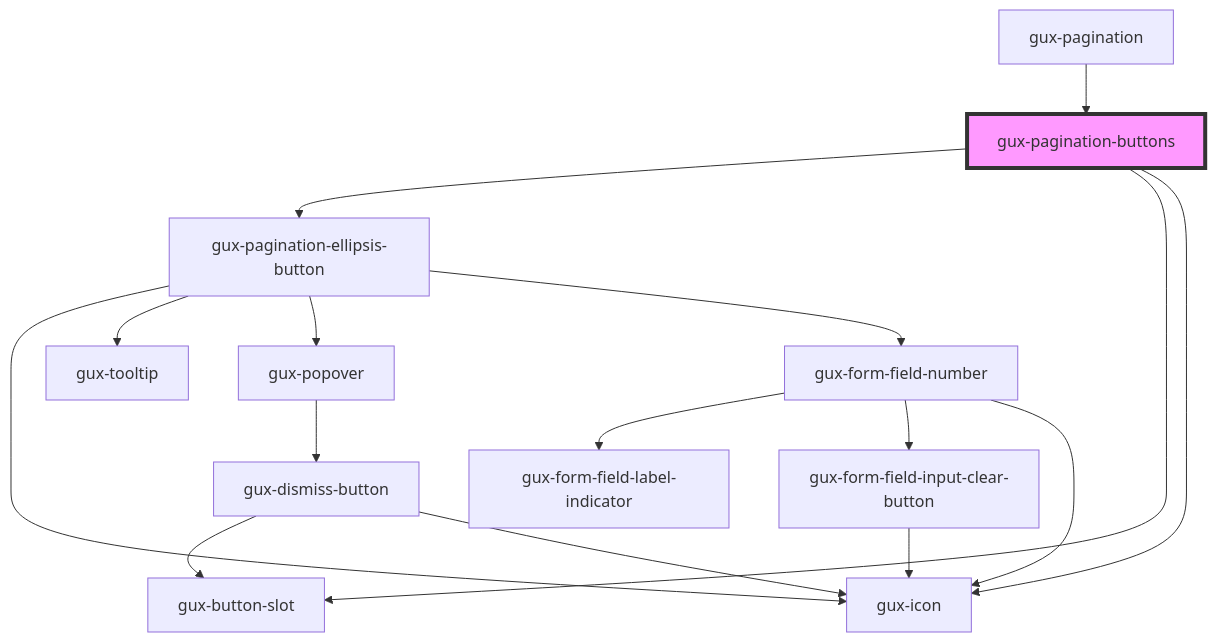
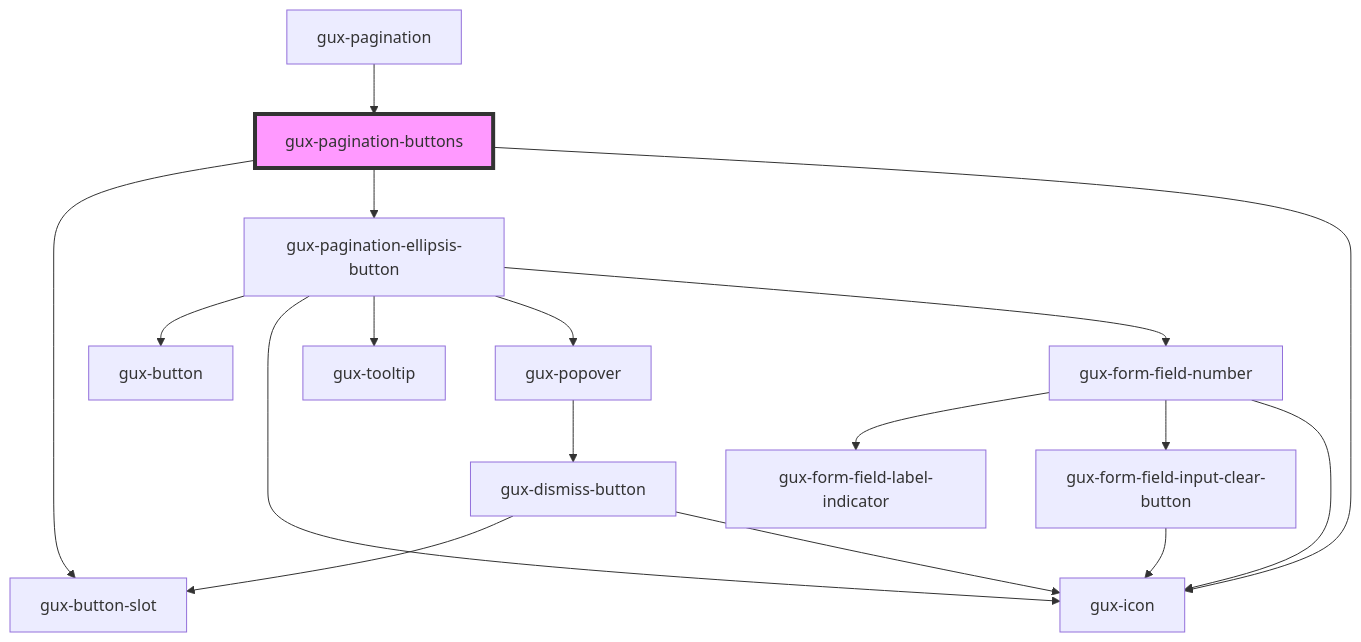
Before and after one commit to MyPureCloud/genesys-spark: the diagram in packages/genesys-spark-components/src/components/stable/gux-pagination/gux-pagination-buttons/readme.md, drawn with Mermaid. The commit also changed other lines of this file and 26 other files, not shown here.

````diff
--- a/packages/genesys-spark-components/src/components/stable/gux-pagination/gux-pagination-buttons/readme.md
+++ b/packages/genesys-spark-components/src/components/stable/gux-pagination/gux-pagination-buttons/readme.md
@@ -38,19 +39,20 @@
 ```mermaid
 graph TD;
+  gux-pagination-buttons --> gux-button-slot
   gux-pagination-buttons --> gux-pagination-ellipsis-button
-  gux-pagination-buttons --> gux-button-slot
   gux-pagination-buttons --> gux-icon
+  gux-pagination-ellipsis-button --> gux-button
   gux-pagination-ellipsis-button --> gux-icon
   gux-pagination-ellipsis-button --> gux-tooltip
   gux-pagination-ellipsis-button --> gux-popover
   gux-pagination-ellipsis-button --> gux-form-field-number
   gux-popover --> gux-dismiss-button
   gux-dismiss-button --> gux-button-slot
   gux-dismiss-button --> gux-icon
   gux-form-field-number --> gux-form-field-label-indicator
   gux-form-field-number --> gux-form-field-input-clear-button
   gux-form-field-number --> gux-icon
   gux-form-field-input-clear-button --> gux-icon
   gux-pagination --> gux-pagination-buttons
   style gux-pagination-buttons fill:#f9f,stroke:#333,stroke-width:4px
 ```
````
